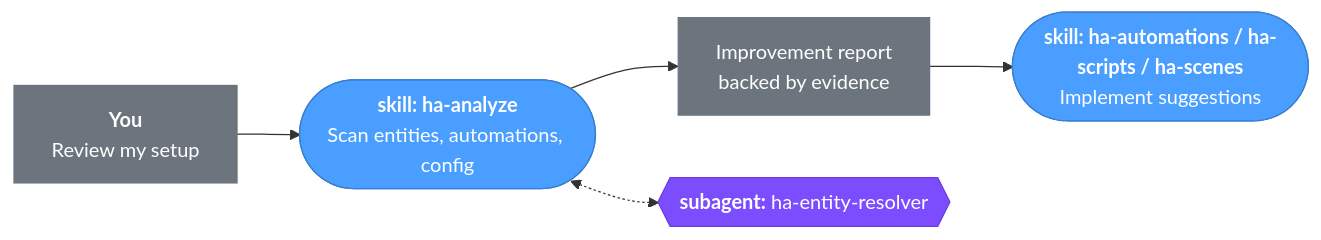
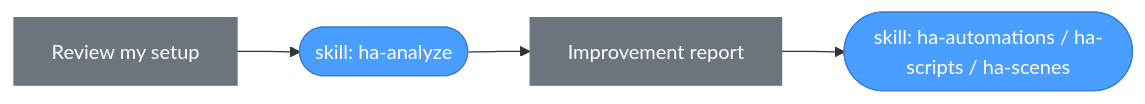
One commit to Benny-Lewis/home-assistant-assistant changed the fourth of 4 diagrams in README.md. Above: the diagram before and after it, drawn with Mermaid. The commit also changed other lines of this file, not shown here.

First line of the commit message:
docs: replace How It Works diagrams with GitHub-compatible Mermaid

````diff
--- a/README.md
+++ b/README.md
@@ -151,15 +169,9 @@
 ```mermaid
 flowchart LR
-    A["<b>You</b><br/>Review my setup"] --> B
-    B(["<b>skill: ha-analyze</b><br/>Scan entities, automations, config"]) --> C
-    C["Improvement report<br/>backed by evidence"] --> D
-    D(["<b>skill: ha-automations / ha-scripts / ha-scenes</b><br/>Implement suggestions"])
-
-    B <-.-> AG1{{"<b>subagent:</b> ha-entity-resolver"}}
+    A[Review my setup] --> B([skill: ha-analyze]) --> C[Improvement report] --> D([skill: ha-automations / ha-scripts / ha-scenes])
 
     style A fill:#6c757d,color:#fff,stroke:#6c757d
     style C fill:#6c757d,color:#fff,stroke:#6c757d
     style B fill:#4a9eff,color:#fff,stroke:#3a7fcf
     style D fill:#4a9eff,color:#fff,stroke:#3a7fcf
-    style AG1 fill:#7c4dff,color:#fff,stroke:#6a3de0
 ```
````
